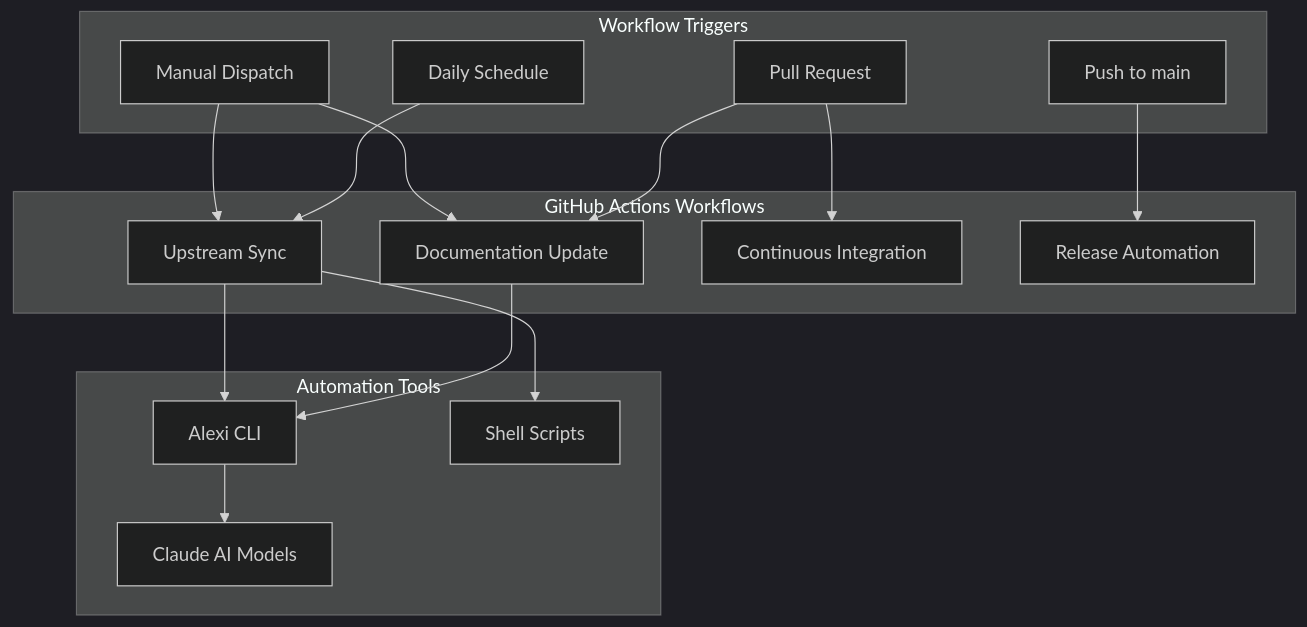
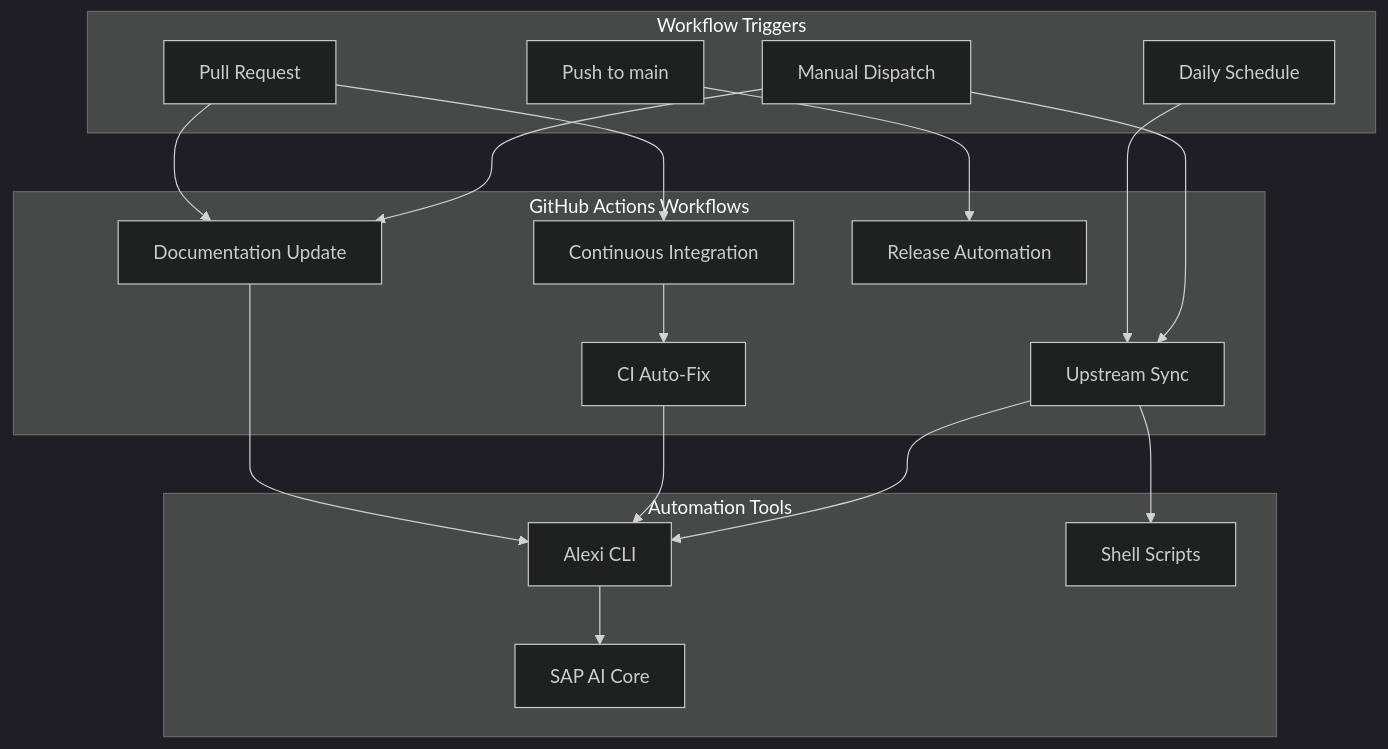
One commit to ausardcompany/sap-bot-orchestrator changed the first of 4 diagrams in docs/AUTOMATION.md. Above: the diagram before and after it, drawn with Mermaid (dark theme). The commit also changed other lines of this file and 2 other files, not shown here.

Commit message:
docs: auto-generate documentation [skip ci] [alexi-bot]

````diff
--- a/docs/AUTOMATION.md
+++ b/docs/AUTOMATION.md
@@ -11,34 +11,37 @@
 ```mermaid
 graph TB
     subgraph Triggers["Workflow Triggers"]
         PR[Pull Request]
         Push[Push to main]
         Schedule[Daily Schedule]
         Manual[Manual Dispatch]
     end
     
     subgraph Workflows["GitHub Actions Workflows"]
         DocUpdate[Documentation Update]
         Sync[Upstream Sync]
         CI[Continuous Integration]
+        CIFix[CI Auto-Fix]
         Release[Release Automation]
     end
     
     subgraph Tools["Automation Tools"]
         Alexi[Alexi CLI]
-        Claude[Claude AI Models]
+        SAPAI[SAP AI Core]
         Scripts[Shell Scripts]
     end
     
     PR --> DocUpdate
     PR --> CI
     Schedule --> Sync
     Manual --> Sync
     Manual --> DocUpdate
     Push --> Release
+    CI --> CIFix
     
     DocUpdate --> Alexi
+    CIFix --> Alexi
     Sync --> Alexi
-    Alexi --> Claude
+    Alexi --> SAPAI
     Sync --> Scripts
 ```
````
